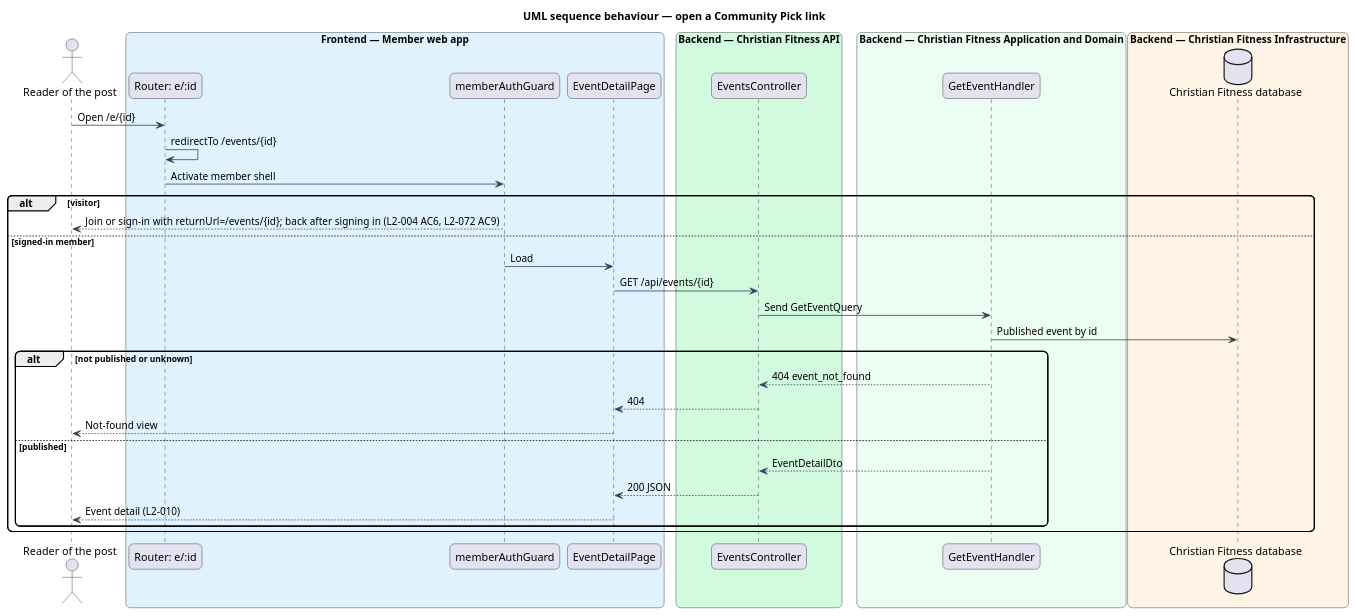
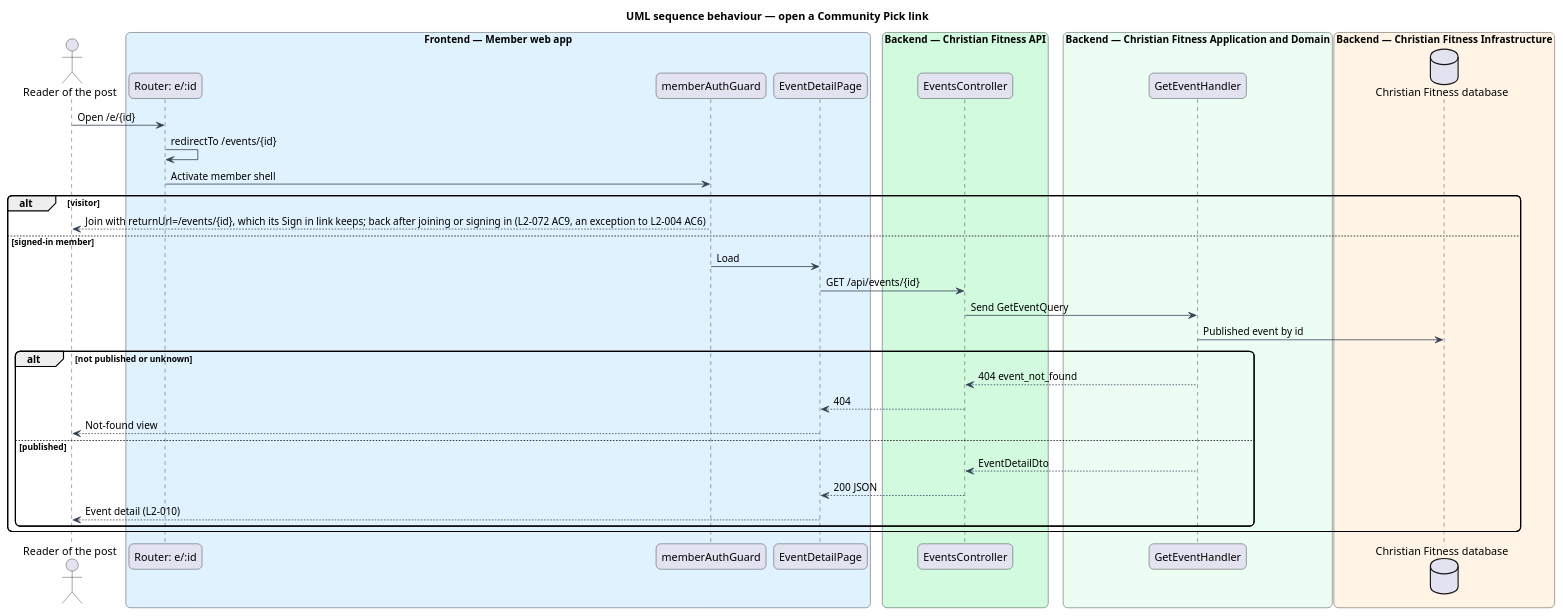
The diagram in docs/detailed-designs/admin-events/make-community-pick/diagrams/sequence-short-link.puml (QuinntyneBrown/christian-fitness), drawn with PlantUML before and after one commit. The commit also changed 21 other files, not shown here.

```diff
--- a/docs/detailed-designs/admin-events/make-community-pick/diagrams/sequence-short-link.puml
+++ b/docs/detailed-designs/admin-events/make-community-pick/diagrams/sequence-short-link.puml
@@ -1,43 +1,43 @@
 @startuml
 title UML sequence behaviour — open a Community Pick link
 skinparam backgroundColor #FFFFFF
 skinparam shadowing false
 skinparam roundcorner 12
 skinparam defaultFontName Arial
 skinparam ArrowColor #344054
 actor "Reader of the post" as actor
 box "Frontend — Member web app" #E0F2FE
   participant "Router: e/:id" as route
   participant "memberAuthGuard" as guard
   participant "EventDetailPage" as page
 end box
 box "Backend — Christian Fitness API" #D1FADF
   participant "EventsController" as ctrl
 end box
 box "Backend — Christian Fitness Application and Domain" #ECFDF3
   participant "GetEventHandler" as h
 end box
 box "Backend — Christian Fitness Infrastructure" #FFF4E5
   database "Christian Fitness database" as db
 end box
 actor -> route : Open /e/{id}
 route -> route : redirectTo /events/{id}
 route -> guard : Activate member shell
 alt visitor
-  guard --> actor : Join or sign-in with returnUrl=/events/{id}; back after signing in (L2-004 AC6, L2-072 AC9)
+  guard --> actor : Join with returnUrl=/events/{id}, which its Sign in link keeps; back after joining or signing in (L2-072 AC9, an exception to L2-004 AC6)
 else signed-in member
   guard -> page : Load
   page -> ctrl : GET /api/events/{id}
   ctrl -> h : Send GetEventQuery
   h -> db : Published event by id
   alt not published or unknown
     h --> ctrl : 404 event_not_found
     ctrl --> page : 404
     page --> actor : Not-found view
   else published
     h --> ctrl : EventDetailDto
     ctrl --> page : 200 JSON
     page --> actor : Event detail (L2-010)
   end
 end
 @enduml
```
